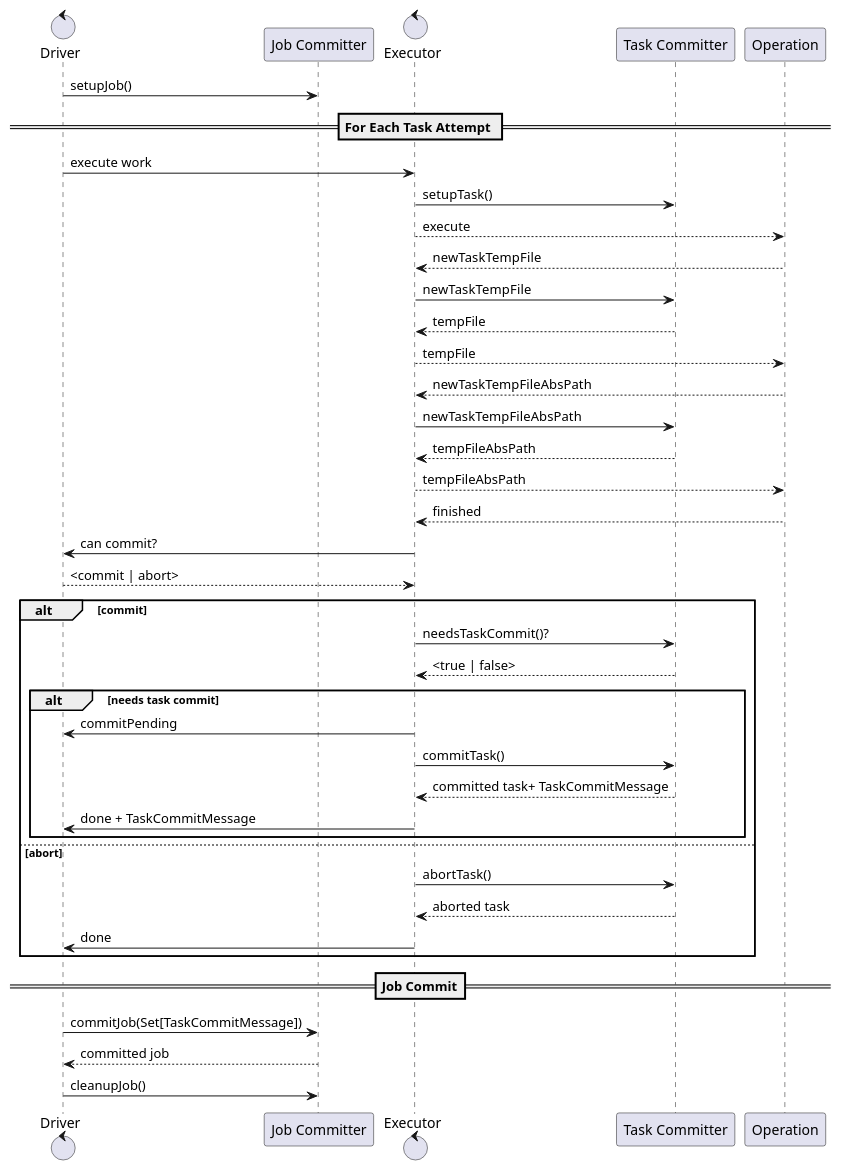
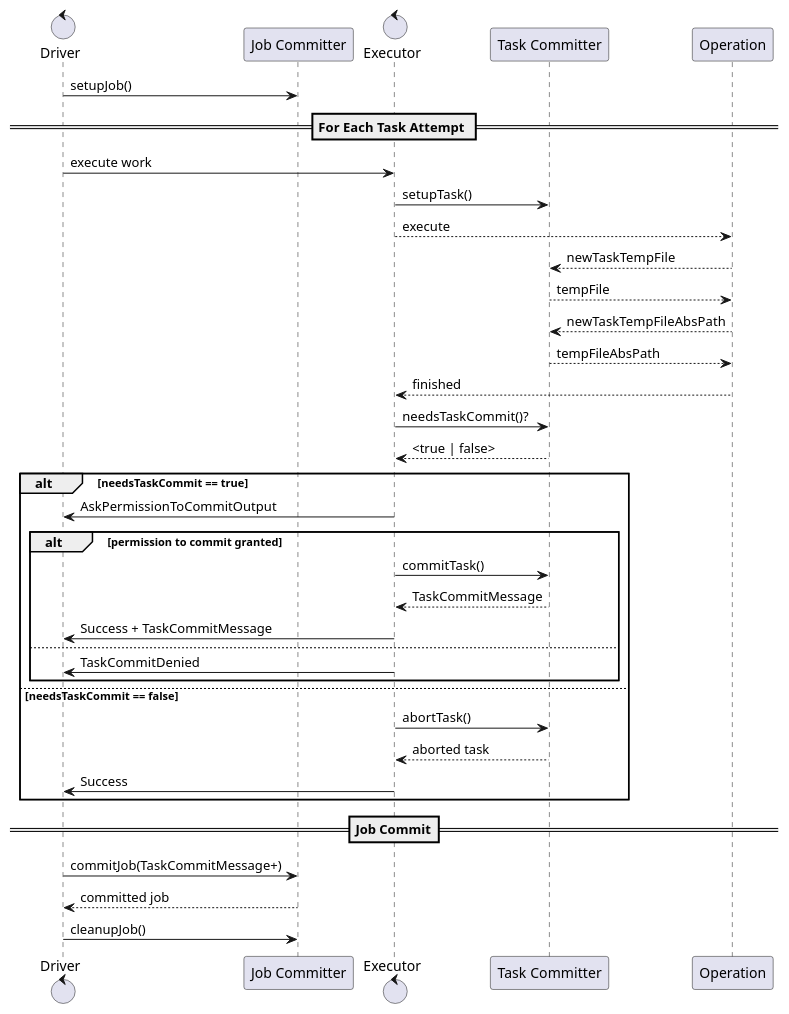
Before and after one commit to steveloughran/zero-rename-committer: the diagram in tex/spark-protocol.puml, drawn with PlantUML. The commit also changed 3 other files, not shown here.

```diff
--- a/tex/spark-protocol.puml
+++ b/tex/spark-protocol.puml
@@ -1,59 +1,55 @@
 @startuml
 
 'define icons
 control Driver
 participant "Job Committer"
 control Executor
 participant "Task Committer"
 participant Operation
 
 ' protocol
 '== Initialization ==
 
 Driver -> "Job Committer": setupJob()
 
 == For Each Task Attempt ==
 Driver -> Executor: execute work
 Executor -> "Task Committer": setupTask()
 Executor --> Operation: execute
-Executor <-- Operation: newTaskTempFile
-Executor -> "Task Committer": newTaskTempFile
-Executor <-- "Task Committer": tempFile
-Executor --> Operation: tempFile
+"Task Committer" <-- Operation: newTaskTempFile
+"Task Committer" --> Operation: tempFile
 
-Executor <-- Operation: newTaskTempFileAbsPath
-Executor -> "Task Committer": newTaskTempFileAbsPath
-Executor <-- "Task Committer": tempFileAbsPath
-Executor --> Operation: tempFileAbsPath
+"Task Committer" <-- Operation: newTaskTempFileAbsPath
+"Task Committer" --> Operation: tempFileAbsPath
 
 Executor <-- Operation: finished
 
-Executor -> Driver: can commit?
-Executor <-- Driver:  <commit | abort>
+' now look at the commit protocol
+Executor -> "Task Committer": needsTaskCommit()?
+Executor <-- "Task Committer": <true | false>
 
-alt commit
-  Executor -> "Task Committer": needsTaskCommit()?
-  Executor <-- "Task Committer": <true | false>
-    alt needs task commit
-    Executor -> Driver: commitPending
+alt needsTaskCommit == true
+  Executor -> "Driver": AskPermissionToCommitOutput
+  alt permission to commit granted
     Executor -> "Task Committer": commitTask()
-    Executor <-- "Task Committer": committed task+ TaskCommitMessage
-    Executor -> Driver : done + TaskCommitMessage
-    end
-
-else abort
+    Executor <-- "Task Committer": TaskCommitMessage
+    Executor -> Driver : Success + TaskCommitMessage
+  else
+    Executor -> Driver : TaskCommitDenied
+  end
+else needsTaskCommit == false
   Executor -> "Task Committer": abortTask()
   Executor <-- "Task Committer": aborted task
-  Executor -> Driver : done
+  Executor -> Driver : Success
 end
 
 
 == Job Commit==
 
 
-Driver -> "Job Committer": commitJob(Set[TaskCommitMessage])
+Driver -> "Job Committer": commitJob(TaskCommitMessage+)
 Driver <-- "Job Committer": committed job
 Driver -> "Job Committer": cleanupJob()
 
 
 @enduml
```
